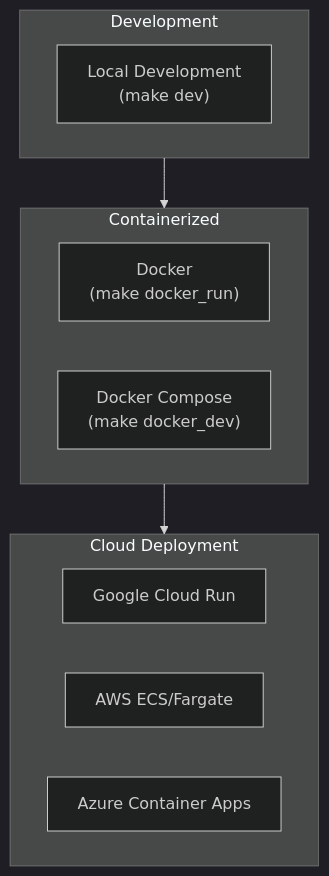
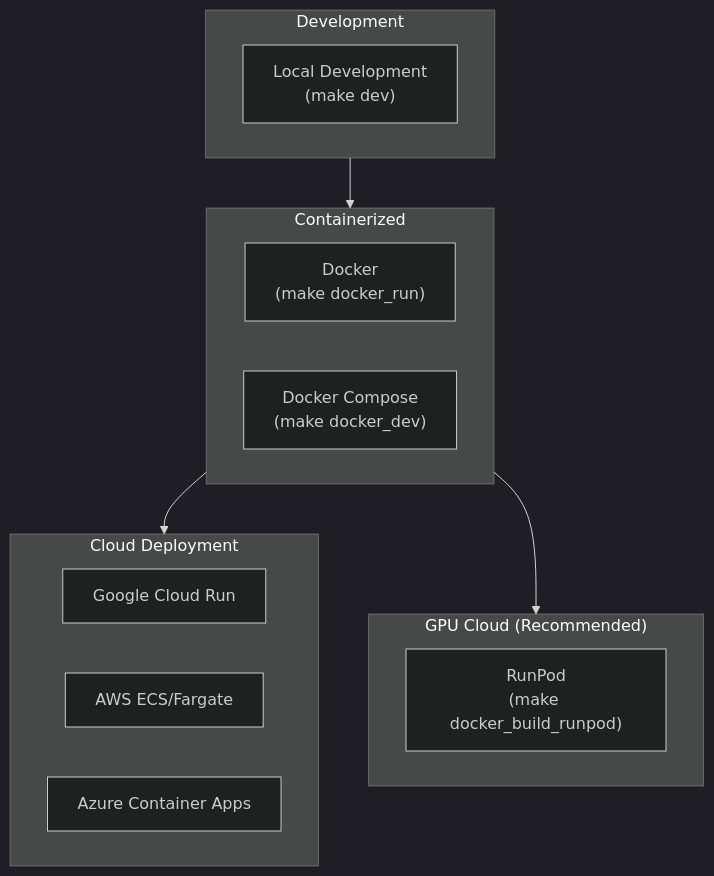
The first of 7 diagrams in docs/deployment.md (akosgintl/colpali-rag-app), drawn with Mermaid (dark theme) before and after one commit. The commit also changed other lines of this file and 14 other files, not shown here.

````diff
--- a/docs/deployment.md
+++ b/docs/deployment.md
@@ -7,19 +7,24 @@
 ```mermaid
 graph TD
     subgraph Dev["Development"]
         Local["Local Development\n(make dev)"]
     end
 
     subgraph Container["Containerized"]
         Docker["Docker\n(make docker_run)"]
         Compose["Docker Compose\n(make docker_dev)"]
     end
 
     subgraph Cloud["Cloud Deployment"]
         GCP["Google Cloud Run"]
         AWS["AWS ECS/Fargate"]
         Azure["Azure Container Apps"]
     end
 
+    subgraph GPU["GPU Cloud (Recommended)"]
+        RunPod["RunPod\n(make docker_build_runpod)"]
+    end
+
     Dev --> Container --> Cloud
+    Container --> GPU
 ```
````
